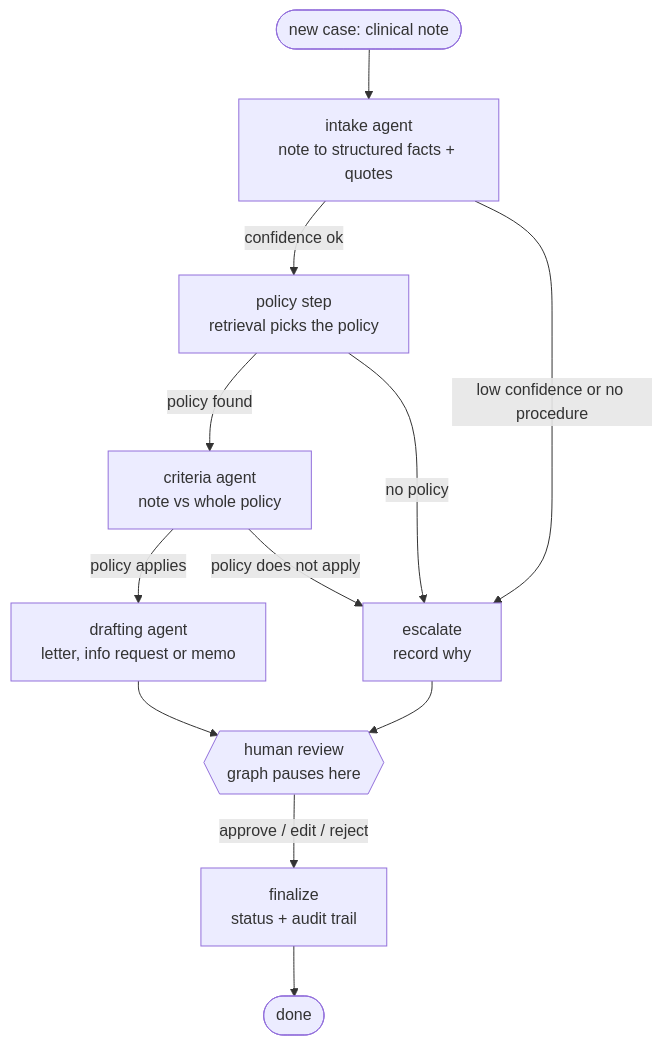
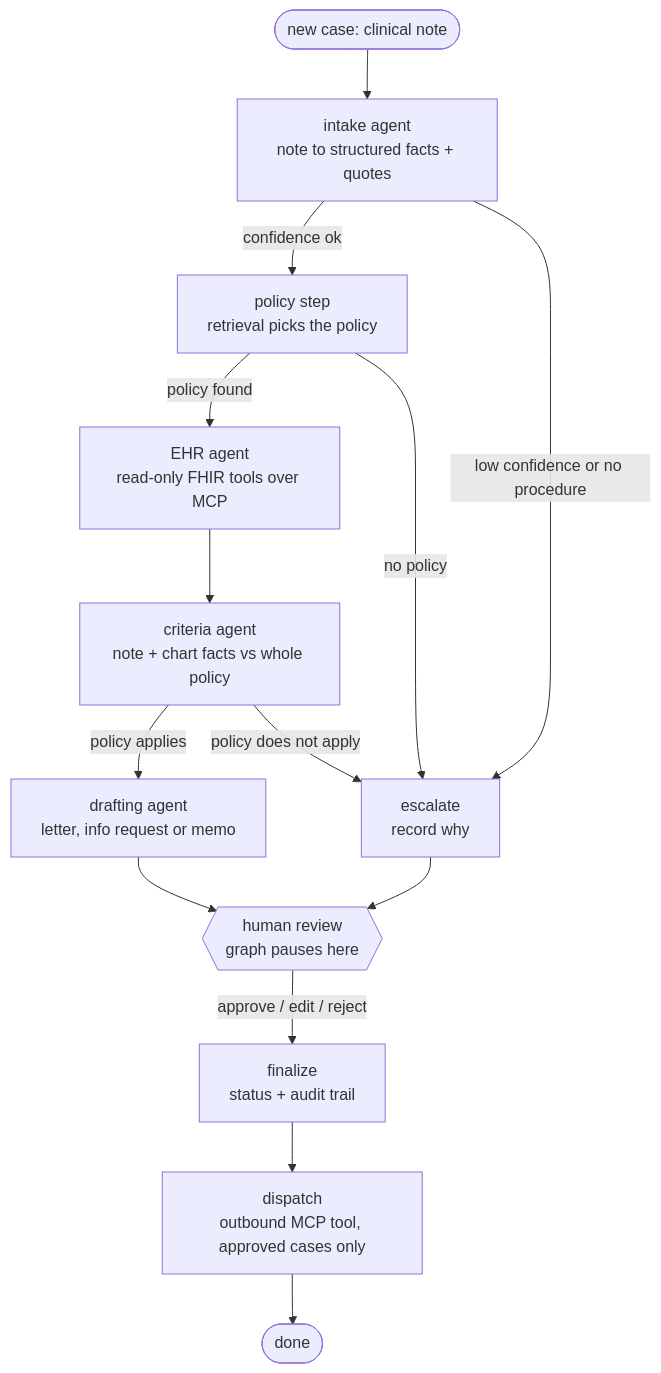
One commit to devReact001/northbridge-priorauth changed the diagram in docs/architecture.md. Above: the diagram before and after it, drawn with Mermaid. The commit also changed other lines of this file and 37 other files, not shown here.

Commit message:
Week 4: FHIR MCP server, EHR agent, outbound dispatch after human approval

````diff
--- a/docs/architecture.md
+++ b/docs/architecture.md
@@ -5,14 +5,16 @@
 ```mermaid
 flowchart TD
     START([new case: clinical note]) --> intake[intake agent<br/>note to structured facts + quotes]
     intake -->|confidence ok| policy[policy step<br/>retrieval picks the policy]
     intake -->|low confidence or no procedure| escalate
-    policy -->|policy found| assess[criteria agent<br/>note vs whole policy]
+    policy -->|policy found| ehr[EHR agent<br/>read-only FHIR tools over MCP]
     policy -->|no policy| escalate
+    ehr --> assess[criteria agent<br/>note + chart facts vs whole policy]
     assess -->|policy applies| draft[drafting agent<br/>letter, info request or memo]
     assess -->|policy does not apply| escalate[escalate<br/>record why]
     draft --> review{{human review<br/>graph pauses here}}
     escalate --> review
     review -->|approve / edit / reject| finalize[finalize<br/>status + audit trail]
-    finalize --> END([done])
+    finalize --> dispatch[dispatch<br/>outbound MCP tool, approved cases only]
+    dispatch --> END([done])
 ```
````
